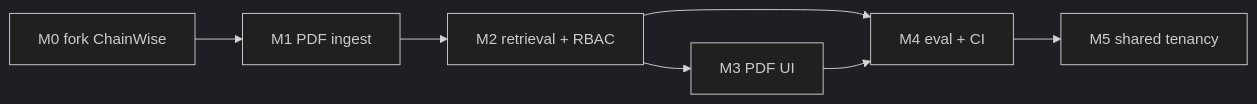
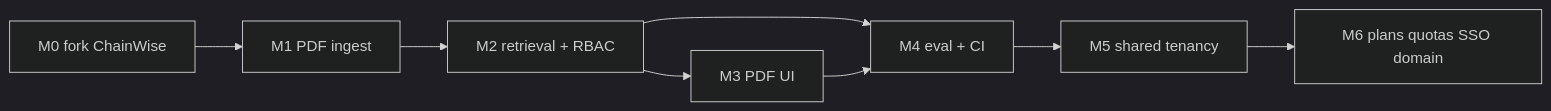
One commit to vladweat/docwise changed the first of 2 diagrams in docs/milestones.md. Above: the diagram before and after it, drawn with Mermaid (dark theme). The commit also changed other lines of this file and 50 other files, not shown here.

````diff
--- a/docs/milestones.md
+++ b/docs/milestones.md
@@ -16,9 +17,10 @@
 ```mermaid
 flowchart LR
   M0[M0 fork ChainWise] --> M1[M1 PDF ingest]
   M1 --> M2[M2 retrieval + RBAC]
   M2 --> M3[M3 PDF UI]
   M2 --> M4[M4 eval + CI]
   M3 --> M4
   M4 --> M5[M5 shared tenancy]
+  M5 --> M6[M6 plans quotas SSO domain]
 ```
````
